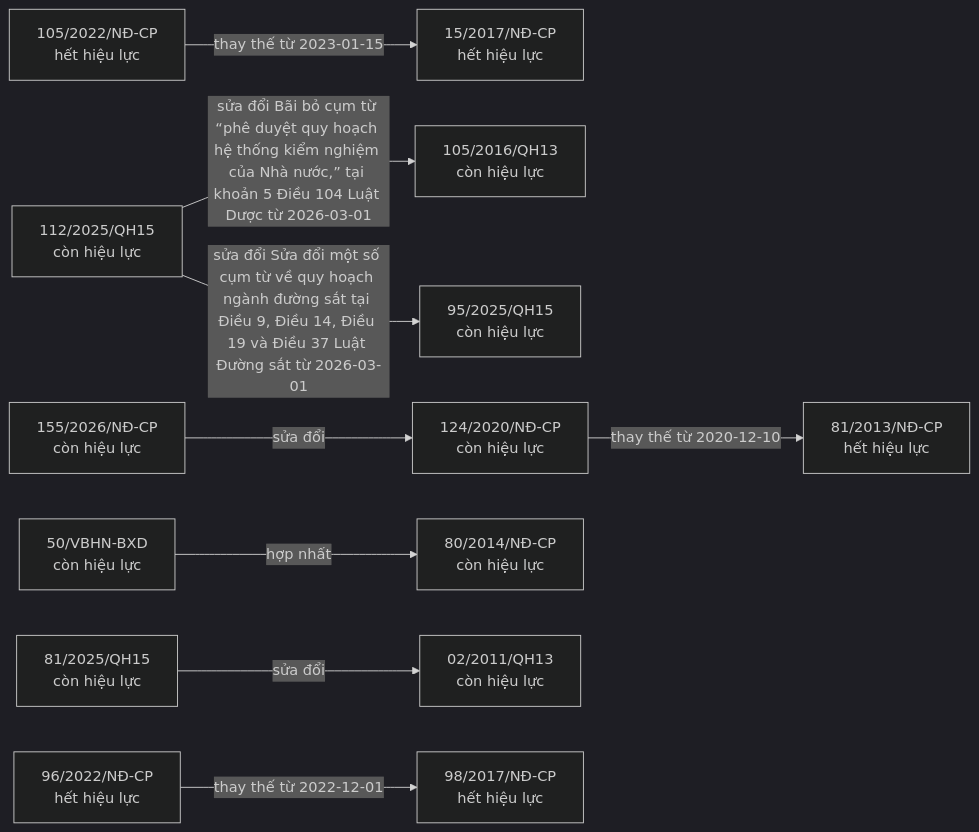
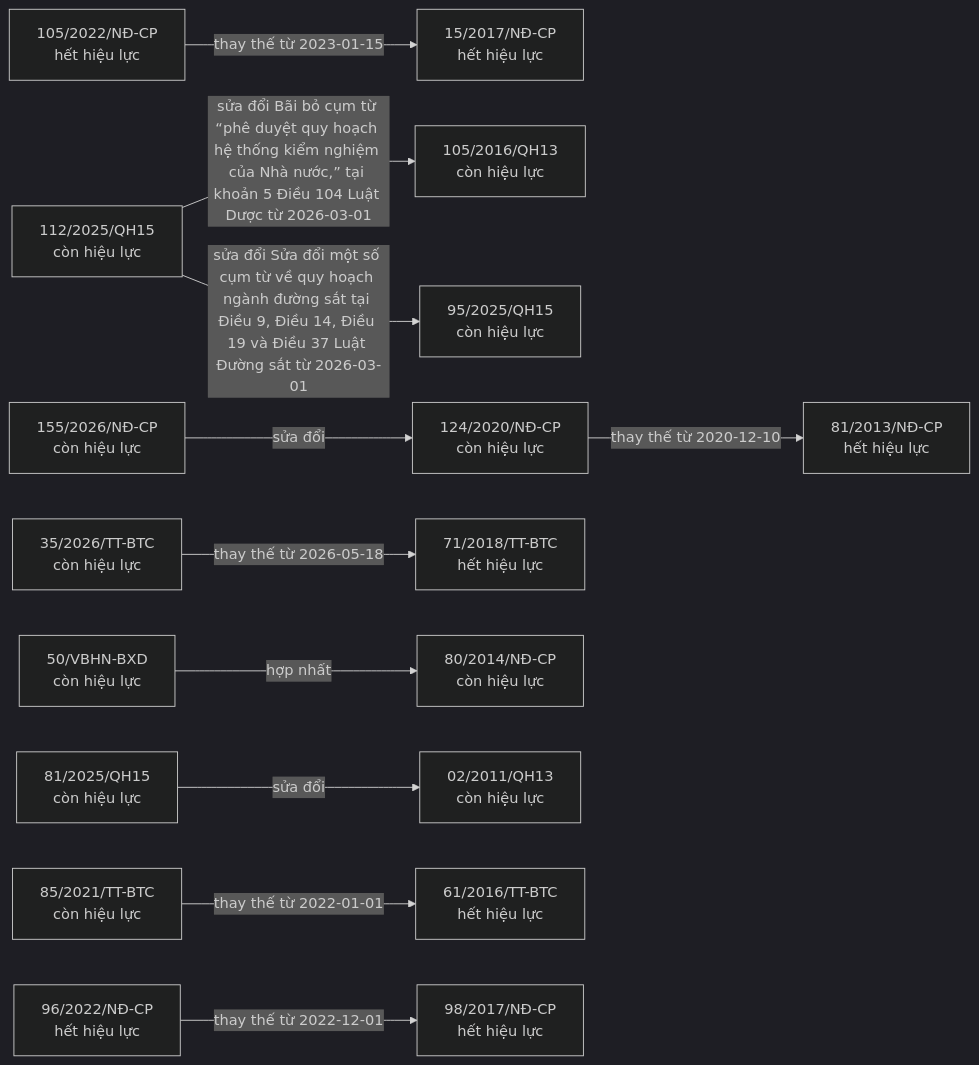
Before and after one commit to ozvietnam/oz-wiki-plhq: the first of 9 diagrams in bao-cao/quan-he.md, drawn with Mermaid (dark theme). The commit also changed other lines of this file and 8 other files, not shown here.

````diff
--- a/bao-cao/quan-he.md
+++ b/bao-cao/quan-he.md
@@ -7,25 +7,31 @@
 ```mermaid
 flowchart LR
   n_105_2022_N__CP["105/2022/NĐ-CP<br/>hết hiệu lực"]
   n_15_2017_N__CP["15/2017/NĐ-CP<br/>hết hiệu lực"]
   n_112_2025_QH15["112/2025/QH15<br/>còn hiệu lực"]
   n_105_2016_QH13["105/2016/QH13<br/>còn hiệu lực"]
   n_95_2025_QH15["95/2025/QH15<br/>còn hiệu lực"]
   n_124_2020_N__CP["124/2020/NĐ-CP<br/>còn hiệu lực"]
   n_81_2013_N__CP["81/2013/NĐ-CP<br/>hết hiệu lực"]
   n_155_2026_N__CP["155/2026/NĐ-CP<br/>còn hiệu lực"]
+  n_35_2026_TT_BTC["35/2026/TT-BTC<br/>còn hiệu lực"]
+  n_71_2018_TT_BTC["71/2018/TT-BTC<br/>hết hiệu lực"]
   n_50_VBHN_BXD["50/VBHN-BXD<br/>còn hiệu lực"]
   n_80_2014_N__CP["80/2014/NĐ-CP<br/>còn hiệu lực"]
   n_81_2025_QH15["81/2025/QH15<br/>còn hiệu lực"]
   n_02_2011_QH13["02/2011/QH13<br/>còn hiệu lực"]
+  n_85_2021_TT_BTC["85/2021/TT-BTC<br/>còn hiệu lực"]
+  n_61_2016_TT_BTC["61/2016/TT-BTC<br/>hết hiệu lực"]
   n_96_2022_N__CP["96/2022/NĐ-CP<br/>hết hiệu lực"]
   n_98_2017_N__CP["98/2017/NĐ-CP<br/>hết hiệu lực"]
   n_105_2022_N__CP -->|thay thế từ 2023-01-15| n_15_2017_N__CP
   n_112_2025_QH15 -->|sửa đổi Bãi bỏ cụm từ “phê duyệt quy hoạch hệ thống kiểm nghiệm của Nhà nước,” tại khoản 5 Điều 104 Luật Dược từ 2026-03-01| n_105_2016_QH13
   n_112_2025_QH15 -->|sửa đổi Sửa đổi một số cụm từ về quy hoạch ngành đường sắt tại Điều 9, Điều 14, Điều 19 và Điều 37 Luật Đường sắt từ 2026-03-01| n_95_2025_QH15
   n_124_2020_N__CP -->|thay thế từ 2020-12-10| n_81_2013_N__CP
   n_155_2026_N__CP -->|sửa đổi| n_124_2020_N__CP
+  n_35_2026_TT_BTC -->|thay thế từ 2026-05-18| n_71_2018_TT_BTC
   n_50_VBHN_BXD -->|hợp nhất| n_80_2014_N__CP
   n_81_2025_QH15 -->|sửa đổi| n_02_2011_QH13
+  n_85_2021_TT_BTC -->|thay thế từ 2022-01-01| n_61_2016_TT_BTC
   n_96_2022_N__CP -->|thay thế từ 2022-12-01| n_98_2017_N__CP
 ```
````
